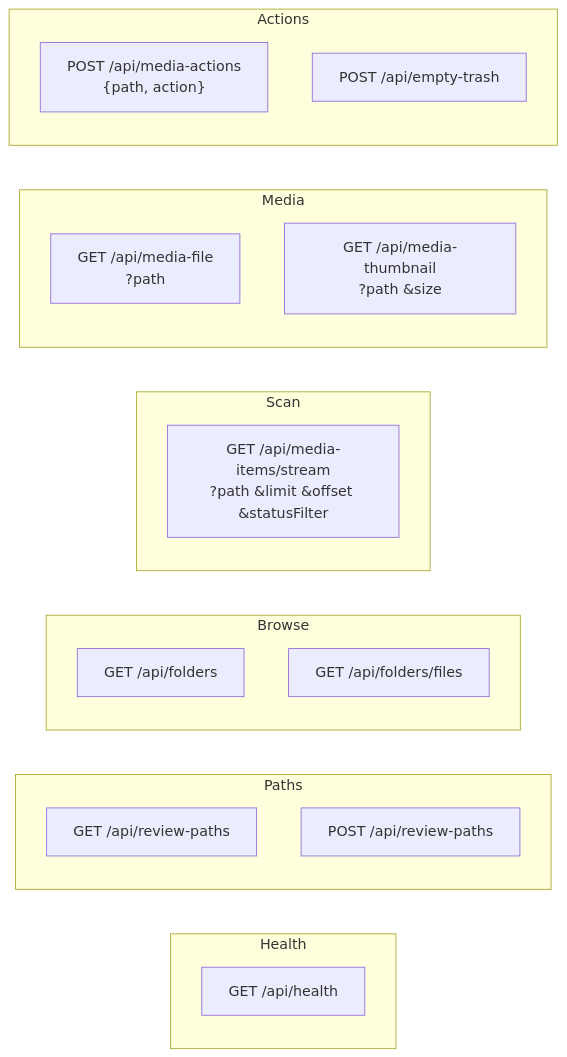
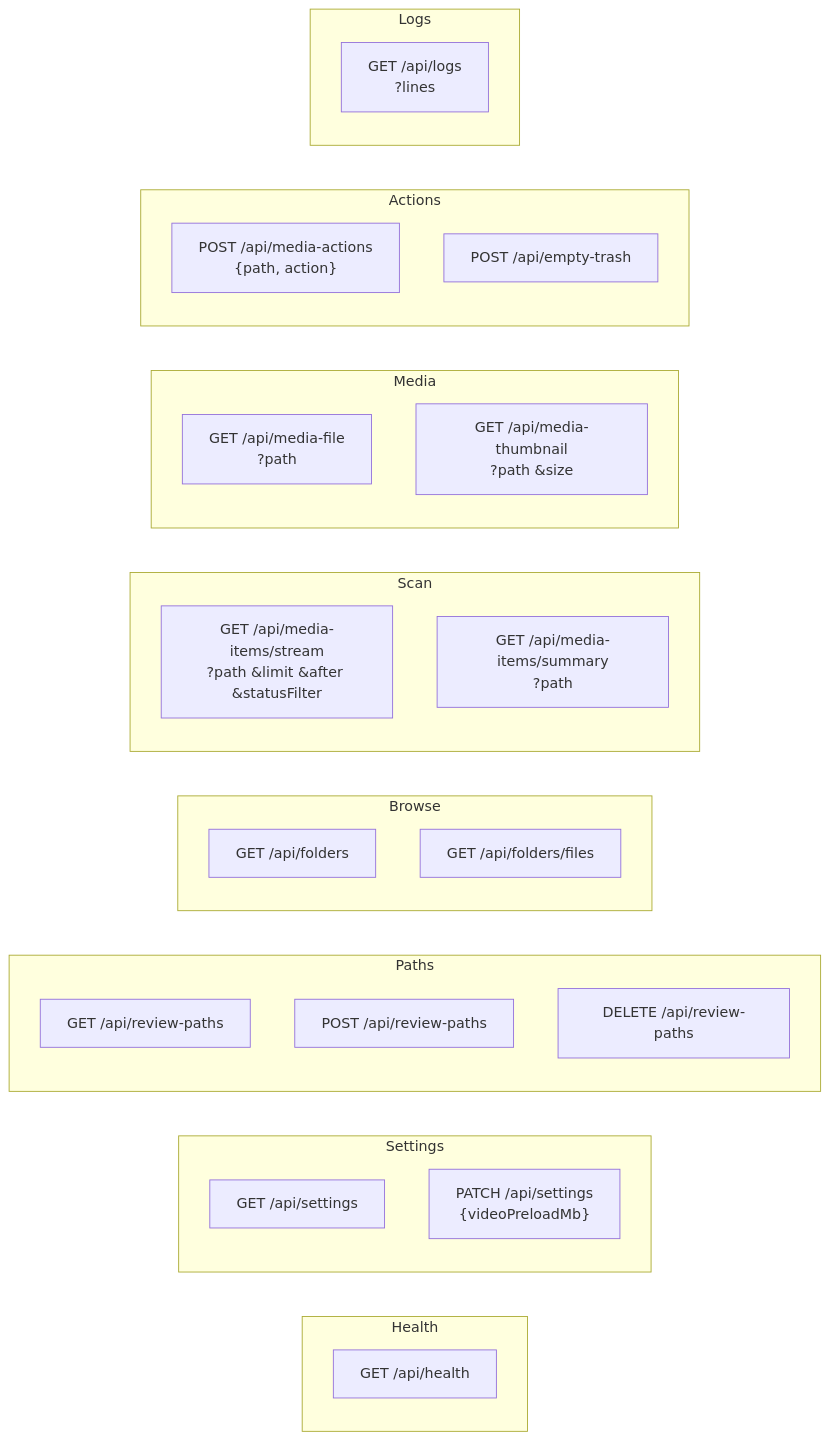
One commit to mdmoore25404/mediareviewer changed the second of 6 diagrams in docs/architecture.md. Above: the diagram before and after it, drawn with Mermaid.

Commit message:
docs: update architecture diagrams with settings API and summary route
Closes #8

Changes to docs/architecture.md (Section 2 — API Routes):
- Add Settings subgraph: GET /api/settings, PATCH /api/settings
- Add GET /api/media-items/summary to Scan subgraph
- Add DELETE /api/review-paths to Paths subgraph
- Add Logs subgraph: GET /api/logs?lines
- Update stream query params (after replaces offset for cursor-based paging)

Script validate: docs/scripts/generate-diagrams.sh reports 6 mermaid fences OK

````diff
--- a/docs/architecture.md
+++ b/docs/architecture.md
@@ -64,25 +64,34 @@
 ```mermaid
 graph LR
     subgraph Health
         H["GET /api/health"]
     end
+    subgraph Settings["Settings"]
+        S_GET["GET /api/settings"]
+        S_PATCH["PATCH /api/settings\n{videoPreloadMb}"]
+    end
     subgraph Paths
         RP_GET["GET /api/review-paths"]
         RP_POST["POST /api/review-paths"]
+        RP_DEL["DELETE /api/review-paths"]
     end
     subgraph Browse
         FOLD["GET /api/folders"]
         FILES["GET /api/folders/files"]
     end
     subgraph Scan
-        STREAM["GET /api/media-items/stream\n?path &limit &offset &statusFilter"]
+        STREAM["GET /api/media-items/stream\n?path &limit &after &statusFilter"]
+        SUMMARY["GET /api/media-items/summary\n?path"]
     end
     subgraph Media
         FILE["GET /api/media-file\n?path"]
         THUMB["GET /api/media-thumbnail\n?path &size"]
     end
     subgraph Actions
         ACTION["POST /api/media-actions\n{path, action}"]
         TRASH["POST /api/empty-trash"]
     end
+    subgraph Logs
+        LOGS["GET /api/logs\n?lines"]
+    end
 ```
````
